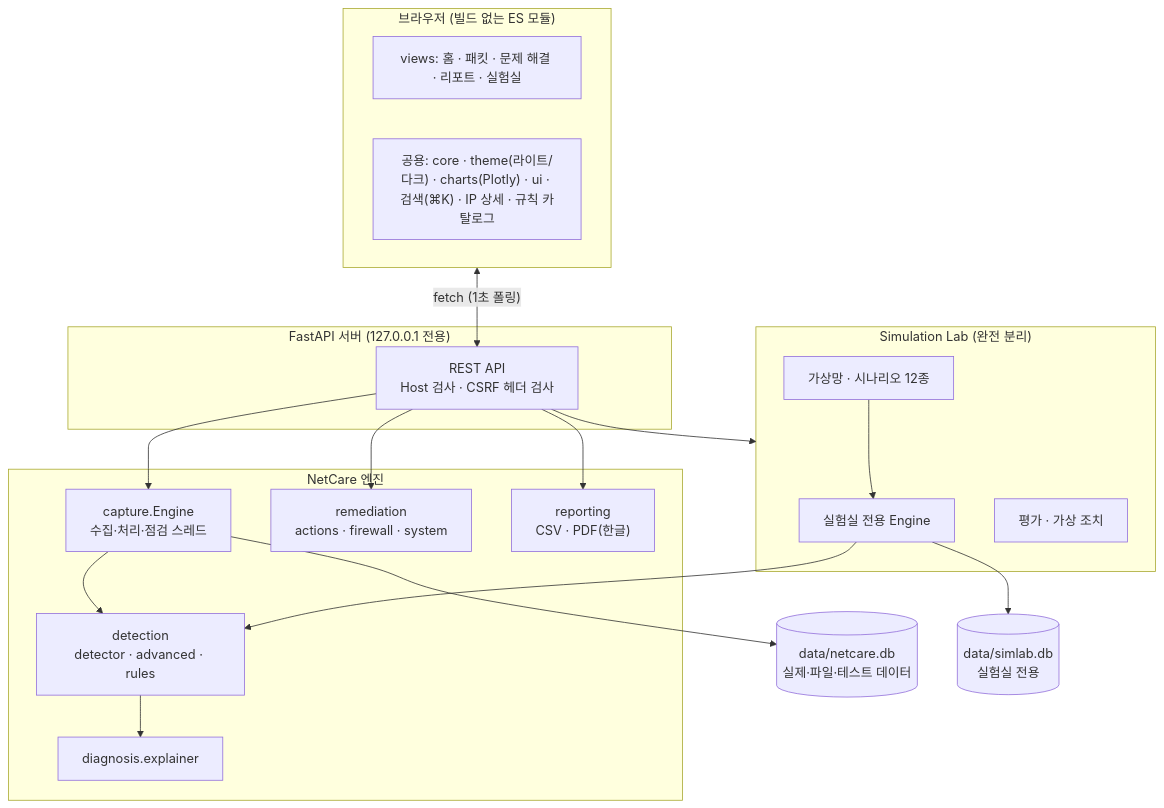
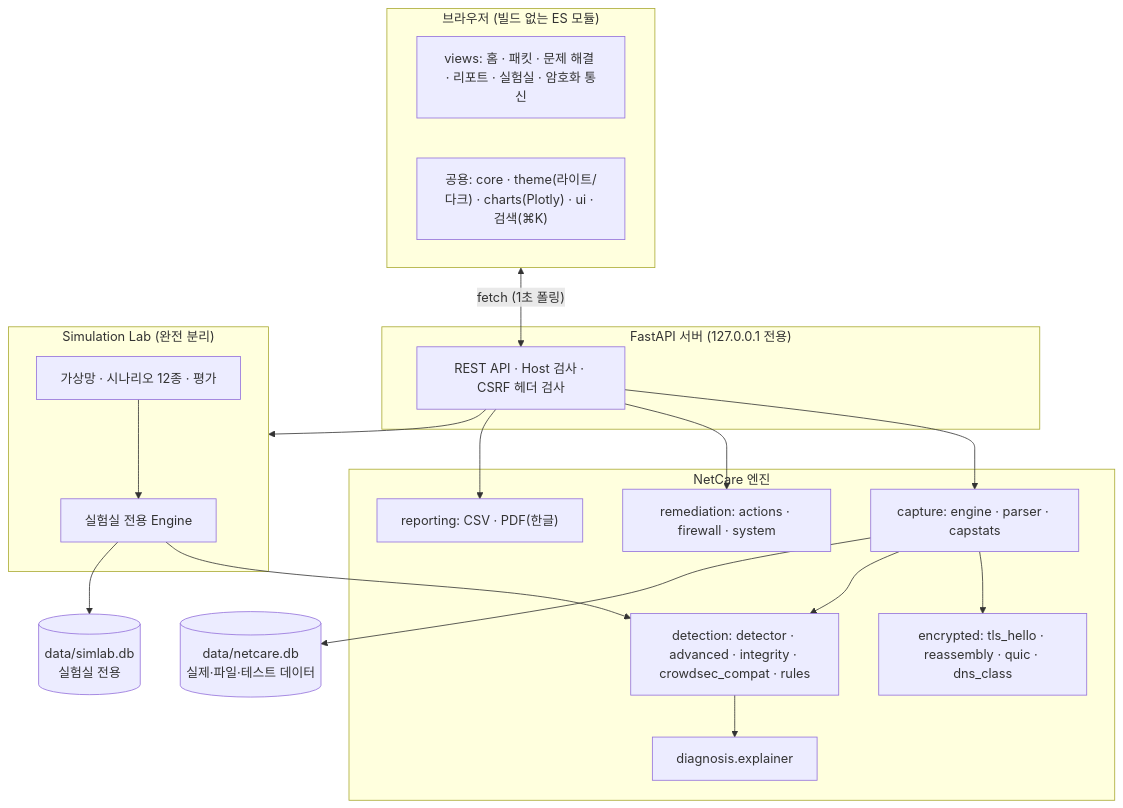
Before and after one commit to tjrdls/202602CN: the second of 4 diagrams in NetCare/README.md, drawn with Mermaid. The commit also changed other lines of this file and 3 other files, not shown here.

First line of the commit message:
docs(netcare): rewrite README with current architecture and verified results

````diff
--- a/NetCare/README.md
+++ b/NetCare/README.md
@@ -171,31 +221,31 @@
 ```mermaid
 flowchart TB
     subgraph Browser["브라우저 (빌드 없는 ES 모듈)"]
-        V["views: 홈 · 패킷 · 문제 해결 · 리포트 · 실험실"]
-        C["공용: core · theme(라이트/다크) · charts(Plotly) · ui · 검색(⌘K) · IP 상세 · 규칙 카탈로그"]
+        V["views: 홈 · 패킷 · 문제 해결 · 리포트 · 실험실 · 암호화 통신"]
+        C["공용: core · theme(라이트/다크) · charts(Plotly) · ui · 검색(⌘K)"]
     end
     subgraph Server["FastAPI 서버 (127.0.0.1 전용)"]
-        API["REST API<br/>Host 검사 · CSRF 헤더 검사"]
+        API["REST API · Host 검사 · CSRF 헤더 검사"]
     end
     subgraph Core["NetCare 엔진"]
-        ENG["capture.Engine<br/>수집·처리·점검 스레드"]
-        DETM["detection<br/>detector · advanced · rules"]
+        ENG["capture: engine · parser · capstats"]
+        ENCM["encrypted: tls_hello · reassembly · quic · dns_class"]
+        DETM["detection: detector · advanced · integrity · crowdsec_compat · rules"]
         DIAGM["diagnosis.explainer"]
-        REM["remediation<br/>actions · firewall · system"]
-        REP["reporting<br/>CSV · PDF(한글)"]
+        REM["remediation: actions · firewall · system"]
+        REP["reporting: CSV · PDF(한글)"]
     end
     subgraph Lab["Simulation Lab (완전 분리)"]
         LENG["실험실 전용 Engine"]
-        GEN["가상망 · 시나리오 12종"]
-        EVAL["평가 · 가상 조치"]
+        GEN["가상망 · 시나리오 12종 · 평가"]
     end
     DB1[("data/netcare.db<br/>실제·파일·테스트 데이터")]
     DB2[("data/simlab.db<br/>실험실 전용")]
     Browser <-->|"fetch (1초 폴링)"| API
     API --> ENG & REM & REP & Lab
+    ENG --> ENCM
     ENG --> DETM --> DIAGM
     ENG --> DB1
+    GEN --> LENG --> DETM
     LENG --> DB2
-    GEN --> LENG
-    LENG --> DETM
 ```
````
